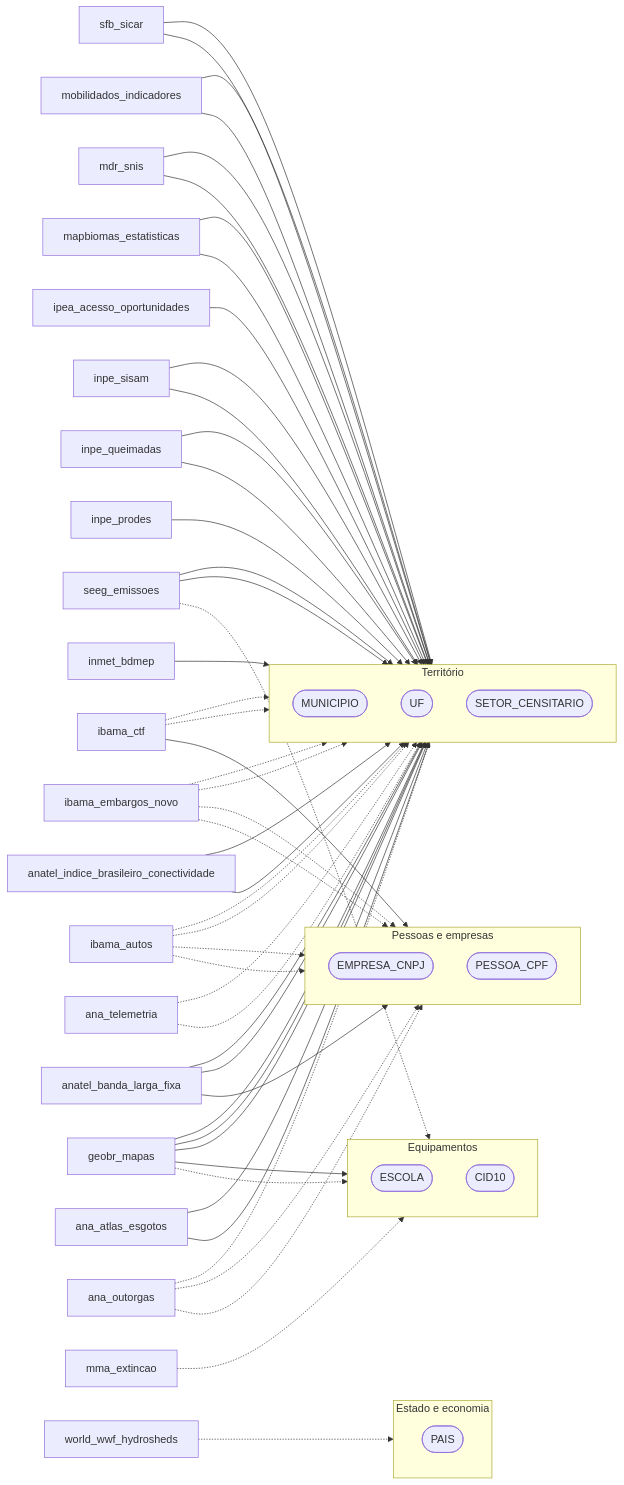
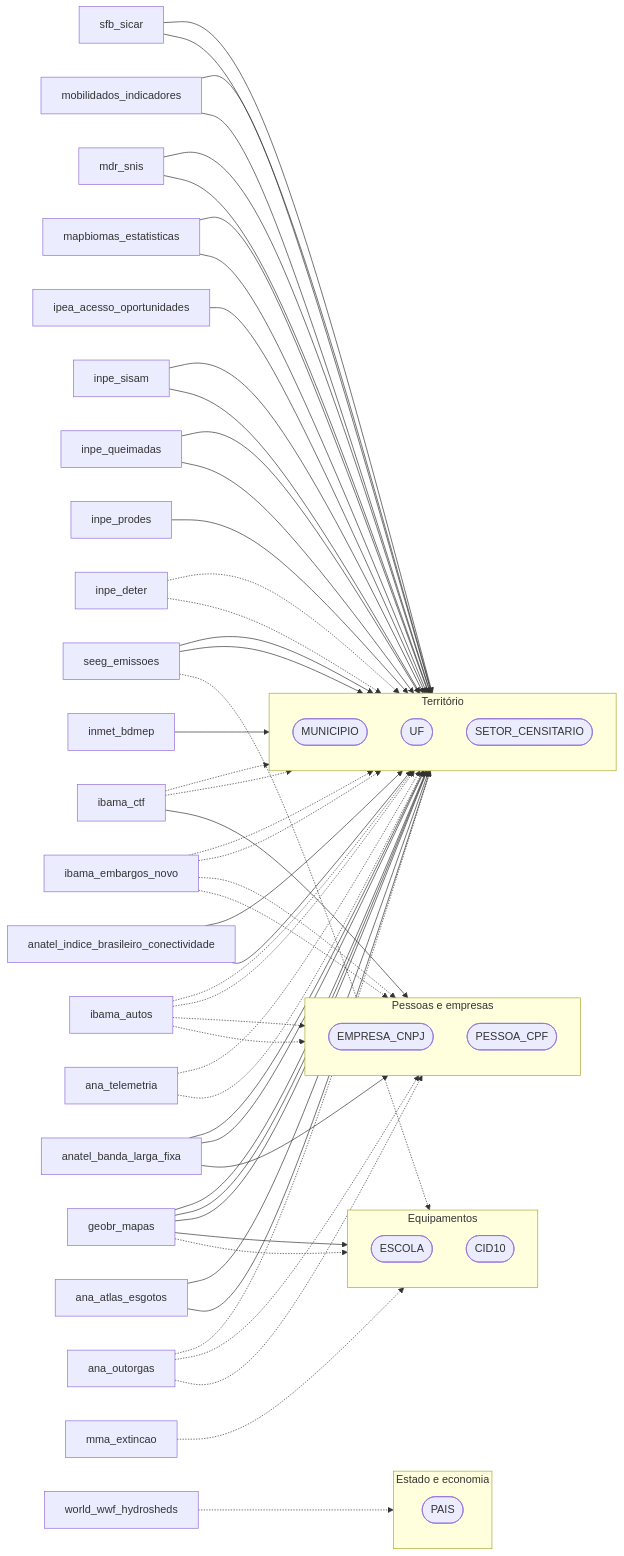
The ninth of 12 diagrams in docs/Flow.md (rafapolo/rodado), drawn with Mermaid before and after one commit. The commit also changed other lines of this file and 11 other files, not shown here.

```diff
--- a/docs/Flow.md
+++ b/docs/Flow.md
@@ -785,6 +832,7 @@
     territorio_br_ibama_ctf["ibama_ctf"]
     territorio_br_ibama_embargos_novo["ibama_embargos_novo"]
     territorio_br_inmet_bdmep["inmet_bdmep"]
+    territorio_br_inpe_deter["inpe_deter"]
     territorio_br_inpe_prodes["inpe_prodes"]
     territorio_br_inpe_queimadas["inpe_queimadas"]
     territorio_br_inpe_sisam["inpe_sisam"]
@@ -845,6 +893,8 @@
     territorio_br_ibama_embargos_novo -.-> territorio_PESSOA_CPF
     territorio_br_ibama_embargos_novo -.-> territorio_UF
     territorio_br_inmet_bdmep --> territorio_MUNICIPIO
+    territorio_br_inpe_deter -.-> territorio_MUNICIPIO
+    territorio_br_inpe_deter -.-> territorio_UF
     territorio_br_inpe_prodes --> territorio_MUNICIPIO
     territorio_br_inpe_queimadas --> territorio_MUNICIPIO
     territorio_br_inpe_queimadas --> territorio_UF
```
